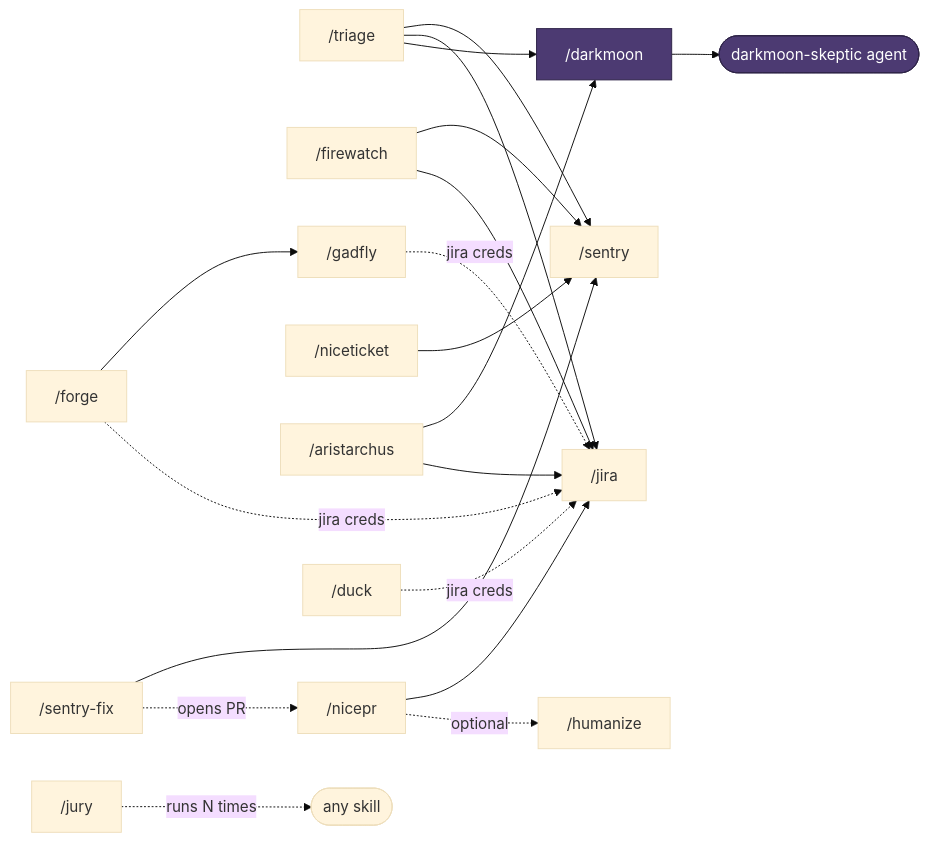
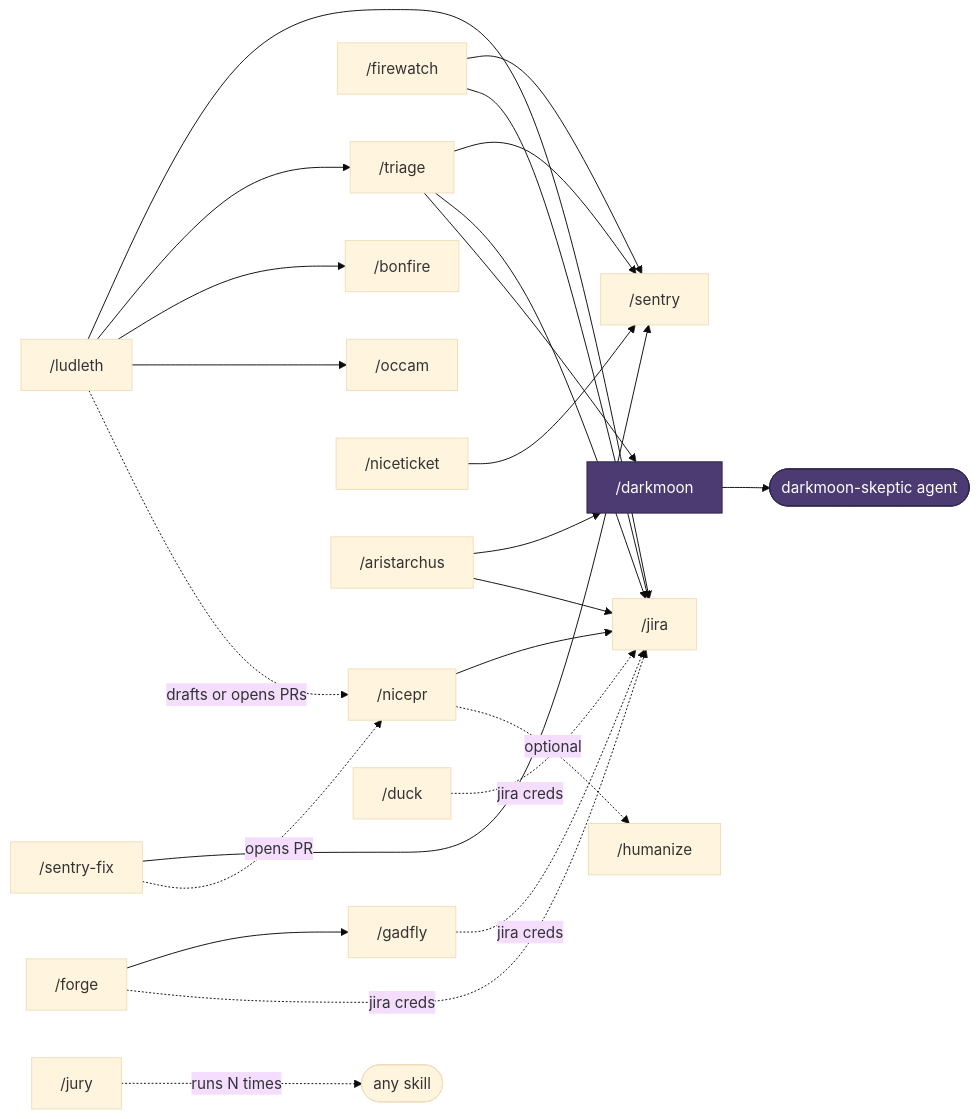
Before and after one commit to sgtlaugh/skills: the diagram in README.md, drawn with Mermaid (base theme). The commit also changed other lines of this file and 4 other files, not shown here.

````diff
--- a/README.md
+++ b/README.md
@@ -140,24 +141,29 @@
 ```mermaid
 flowchart LR
     triage["/triage"] --> sentry["/sentry"]
     triage --> jira["/jira"]
     triage --> darkmoon["/darkmoon"]
     firewatch["/firewatch"] --> sentry
     sentryfix["/sentry-fix"] --> sentry
     sentryfix -. opens PR .-> nicepr
+    ludleth["/ludleth"] --> jira
+    ludleth --> triage
+    ludleth --> bonfire["/bonfire"]
+    ludleth --> occam["/occam"]
+    ludleth -. drafts or opens PRs .-> nicepr
     niceticket["/niceticket"] --> sentry
     firewatch --> jira
     aristarchus["/aristarchus"] --> darkmoon
     aristarchus --> jira
     forge["/forge"] --> gadfly["/gadfly"]
     forge -. jira creds .-> jira
     gadfly -. jira creds .-> jira
     duck["/duck"] -. jira creds .-> jira
     nicepr["/nicepr"] --> jira
     nicepr -. optional .-> humanize["/humanize"]
     jury["/jury"] -. runs N times .-> anyskill([any skill])
     darkmoon --> skeptic([darkmoon-skeptic agent])
 
     classDef verifier fill:#4c3a72,stroke:#2e2347,color:#fff
     class darkmoon,skeptic verifier
 ```
````
